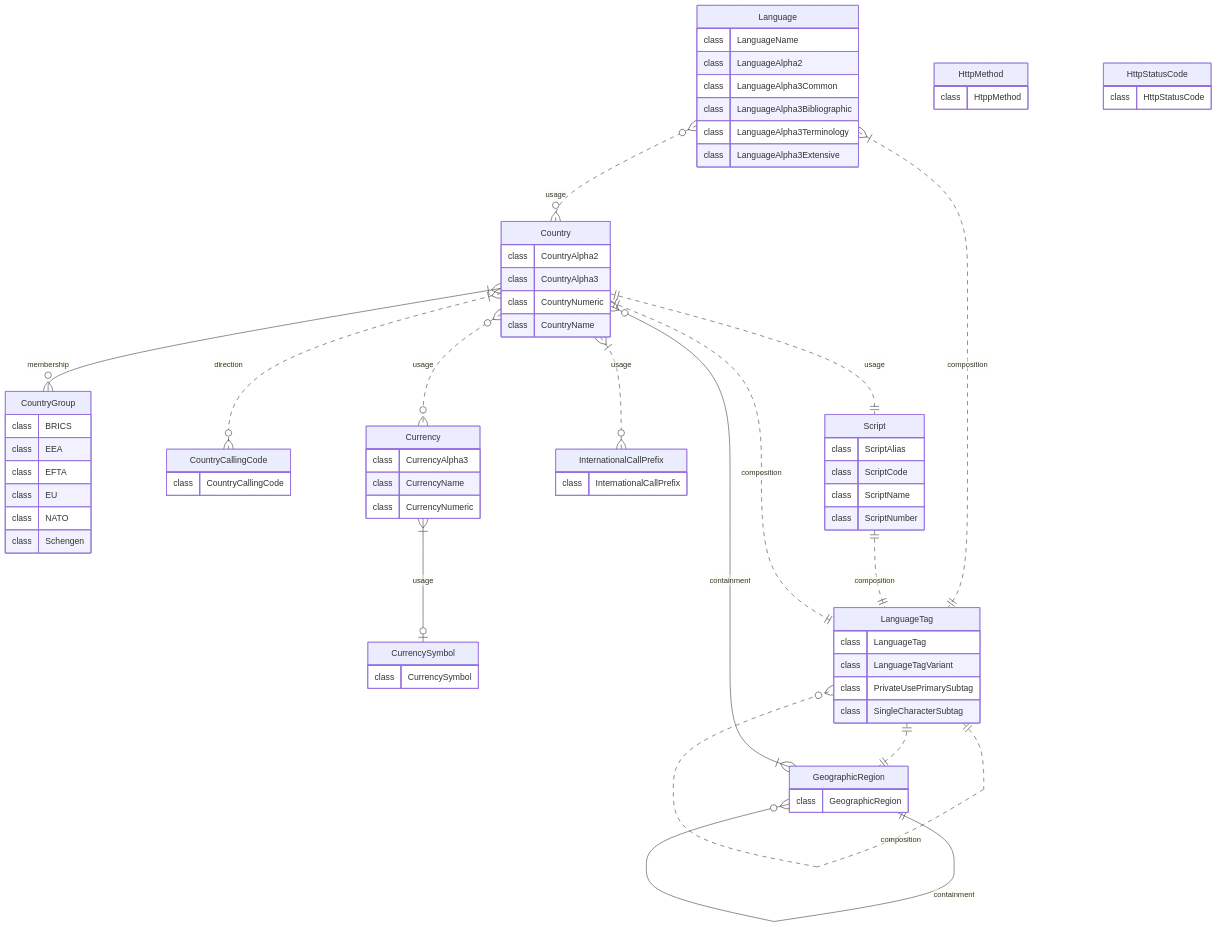
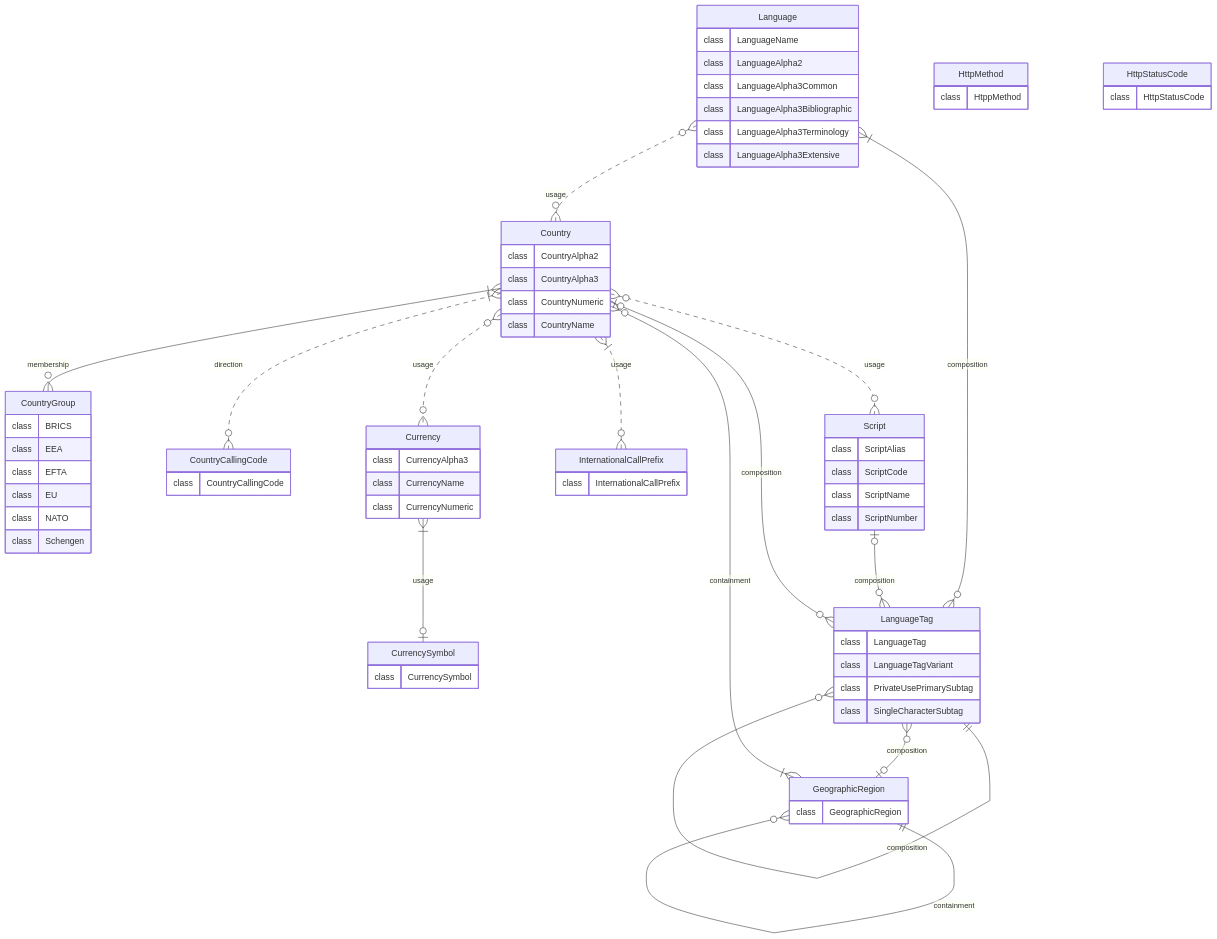
The first of 5 diagrams in README.md (PrinsFrank/standards), drawn with Mermaid before and after one commit.

Commit message:
Fix relationships between specifications

````diff
--- a/README.md
+++ b/README.md
@@ -41,75 +41,75 @@
 ```mermaid
 erDiagram
     Country {
         class CountryAlpha2
         class CountryAlpha3
         class CountryNumeric
         class CountryName
     }
     GeographicRegion {
         class GeographicRegion
     }
     CountryGroup {
         class BRICS
         class EEA
         class EFTA
         class EU
         class NATO
         class Schengen
     }
     CountryCallingCode {
         class CountryCallingCode
     }
     Currency {
         class CurrencyAlpha3
         class CurrencyName
         class CurrencyNumeric
     }
     CurrencySymbol {
         class CurrencySymbol
     }
     InternationalCallPrefix {
         class InternationalCallPrefix
     }
     Language {
         class LanguageName
         class LanguageAlpha2
         class LanguageAlpha3Common
         class LanguageAlpha3Bibliographic
         class LanguageAlpha3Terminology
         class LanguageAlpha3Extensive
     }
     Script {
         class ScriptAlias
         class ScriptCode
         class ScriptName
         class ScriptNumber
     }
     LanguageTag {
         class LanguageTag
         class LanguageTagVariant
         class PrivateUsePrimarySubtag
         class SingleCharacterSubtag
     }
     HttpMethod {
         class HtppMethod
     }
     HttpStatusCode {
         class HttpStatusCode
     }
 
     GeographicRegion }|--o{ Country: containment
     GeographicRegion ||--o{ GeographicRegion: containment
     Language }o..o{ Country: usage
     Country }|--o{ CountryGroup: membership
     Country }|..o{ CountryCallingCode: direction
     Country }o..o{ Currency: usage
     Country }|..o{ InternationalCallPrefix: usage
-    Country ||..|| Script: usage
+    Country }o..o{ Script: usage
     Currency }|--o| CurrencySymbol: usage
-    LanguageTag ||..o{ LanguageTag: composition
-    Language }|..|| LanguageTag: composition
-    Script ||..|| LanguageTag: composition
-    Country ||..|| LanguageTag: composition
-    LanguageTag ||..|| GeographicRegion: ""
+    LanguageTag ||--o{ LanguageTag: composition
+    Language }|--o{ LanguageTag: composition
+    Script |o--o{ LanguageTag: composition
+    Country |o--o{ LanguageTag: composition
+    LanguageTag }o--o| GeographicRegion: composition
 ```
````
